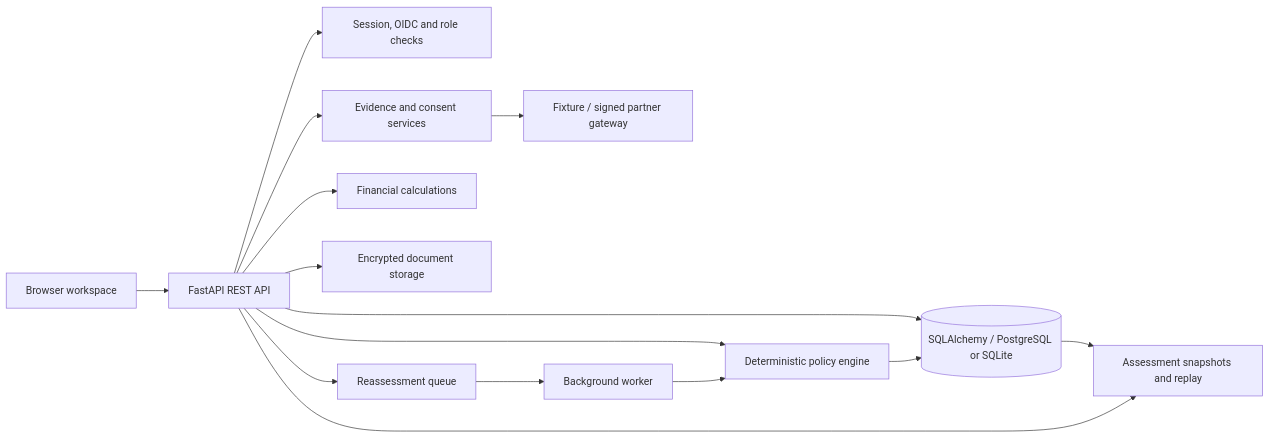
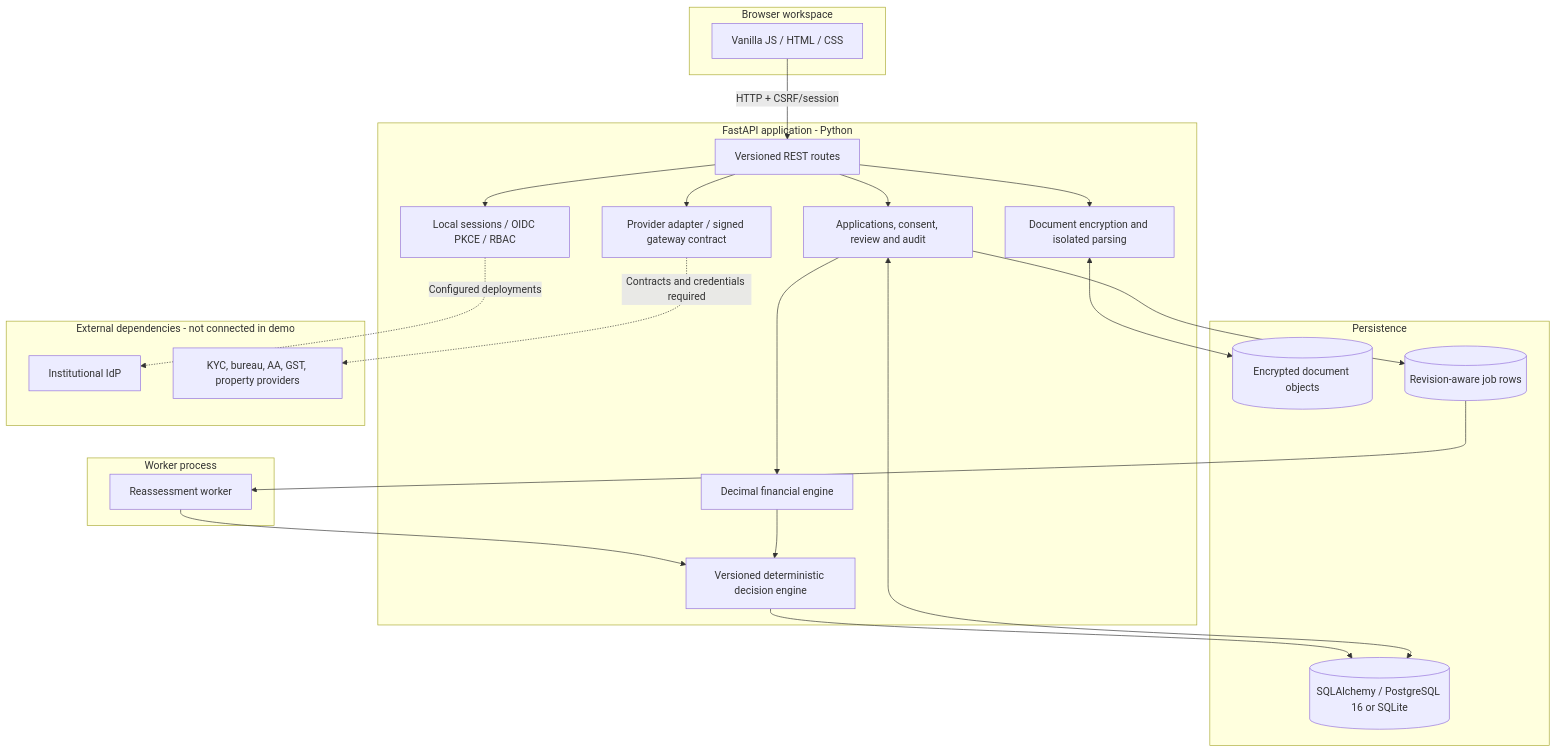
Before and after one commit to pushkkal0201-bit/AadharShila: the third of 6 diagrams in README.md, drawn with Mermaid. The commit also changed other lines of this file, not shown here.

Commit message:
docs: expand hackathon README with evidence workflows, architecture and reproducible demos

````diff
--- a/README.md
+++ b/README.md
@@ -130,17 +225,40 @@
 ```mermaid
-flowchart LR
-    UI[Browser workspace] --> API[FastAPI REST API]
-    API --> AUTH[Session, OIDC and role checks]
-    API --> DB[(SQLAlchemy / PostgreSQL or SQLite)]
-    API --> E[Evidence and consent services]
-    API --> FIN[Financial calculations]
-    API --> RULES[Deterministic policy engine]
-    E --> GATEWAY[Fixture / signed partner gateway]
-    API --> DOCS[Encrypted document storage]
-    API --> JOBS[Reassessment queue]
-    JOBS --> WORKER[Background worker]
-    WORKER --> RULES
+flowchart TB
+    subgraph Client[Browser workspace]
+      UI[Vanilla JS / HTML / CSS]
+    end
+    subgraph Application[FastAPI application - Python]
+      AUTH[Local sessions / OIDC PKCE / RBAC]
+      API[Versioned REST routes]
+      WORKFLOW[Applications, consent, review and audit]
+      FIN[Decimal financial engine]
+      RULES[Versioned deterministic decision engine]
+      DOCUMENTS[Document encryption and isolated parsing]
+      GATEWAY[Provider adapter / signed gateway contract]
+    end
+    subgraph Storage[Persistence]
+      DB[(SQLAlchemy / PostgreSQL 16 or SQLite)]
+      FILES[(Encrypted document objects)]
+      JOBS[(Revision-aware job rows)]
+    end
+    subgraph Background[Worker process]
+      WORKER[Reassessment worker]
+    end
+    subgraph External[External dependencies - not connected in demo]
+      IDP[Institutional IdP]
+      PARTNERS[KYC, bureau, AA, GST, property providers]
+    end
+    UI -->|HTTP + CSRF/session| API
+    API --> AUTH
+    API --> WORKFLOW
+    WORKFLOW --> FIN --> RULES
+    API --> DOCUMENTS
+    API --> GATEWAY
+    WORKFLOW <--> DB
     RULES --> DB
-    DB --> REPLAY[Assessment snapshots and replay]
-    API --> REPLAY
+    DOCUMENTS <--> FILES
+    WORKFLOW --> JOBS
+    JOBS --> WORKER --> RULES
+    AUTH -.->|Configured deployments| IDP
+    GATEWAY -.->|Contracts and credentials required| PARTNERS
 ```
````
